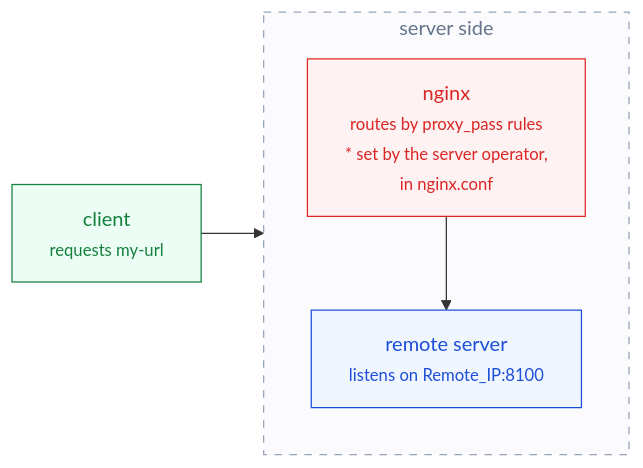
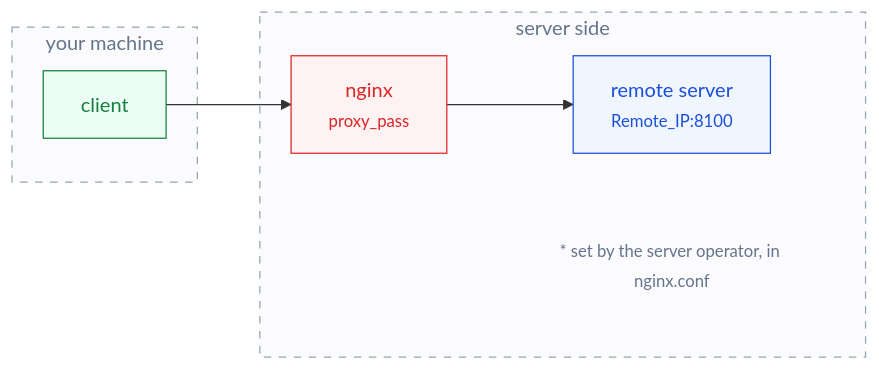
The fourth of 4 diagrams in _posts/ko/2026-09-16-proxy-and-port-forwarding.md (ssyrc/ssyrc.github.io), drawn with Mermaid before and after one commit. The commit also changed other lines of this file and 1 other file, not shown here.

First line of the commit message:
Simplify scenario diagrams to match the sketch

````diff
--- a/_posts/ko/2026-09-16-proxy-and-port-forwarding.md
+++ b/_posts/ko/2026-09-16-proxy-and-port-forwarding.md
@@ -194,20 +174,22 @@
 ```mermaid
 flowchart LR
-    C["client<br/><small>requests my-url</small>"]
+    subgraph LOCAL["your machine"]
+        C["client"]
+    end
     subgraph SRV["server side"]
-        direction TB
-        N["nginx<br/><small>routes by proxy_pass rules</small><br/><small>* set by the server operator,<br/>in nginx.conf</small>"]
-        R["remote server<br/><small>listens on Remote_IP:8100</small>"]
+        N["nginx<br/><small>proxy_pass</small>"] --> R["remote server<br/><small>Remote_IP:8100</small>"]
+        NOTE["<small>* set by the server operator, in nginx.conf</small>"]
     end
     C --> N
-    N --> R
     class C client
     class N proxy
     class R server
-    class SRV zone
+    class NOTE note
+    class LOCAL,SRV zone
     classDef client fill:#ecfdf5,stroke:#15803d,color:#15803d
     classDef proxy  fill:#fef2f2,stroke:#dc2626,color:#dc2626
     classDef server fill:#eff6ff,stroke:#1d4ed8,color:#1d4ed8
     classDef kernel fill:#ffffff,stroke:#dc2626,color:#64748b,stroke-dasharray:6 5
     classDef zone   fill:#fbfbfe,stroke:#94a3b8,color:#64748b,stroke-dasharray:6 6
+    classDef note   fill:none,stroke:none,color:#64748b
 ```
````
